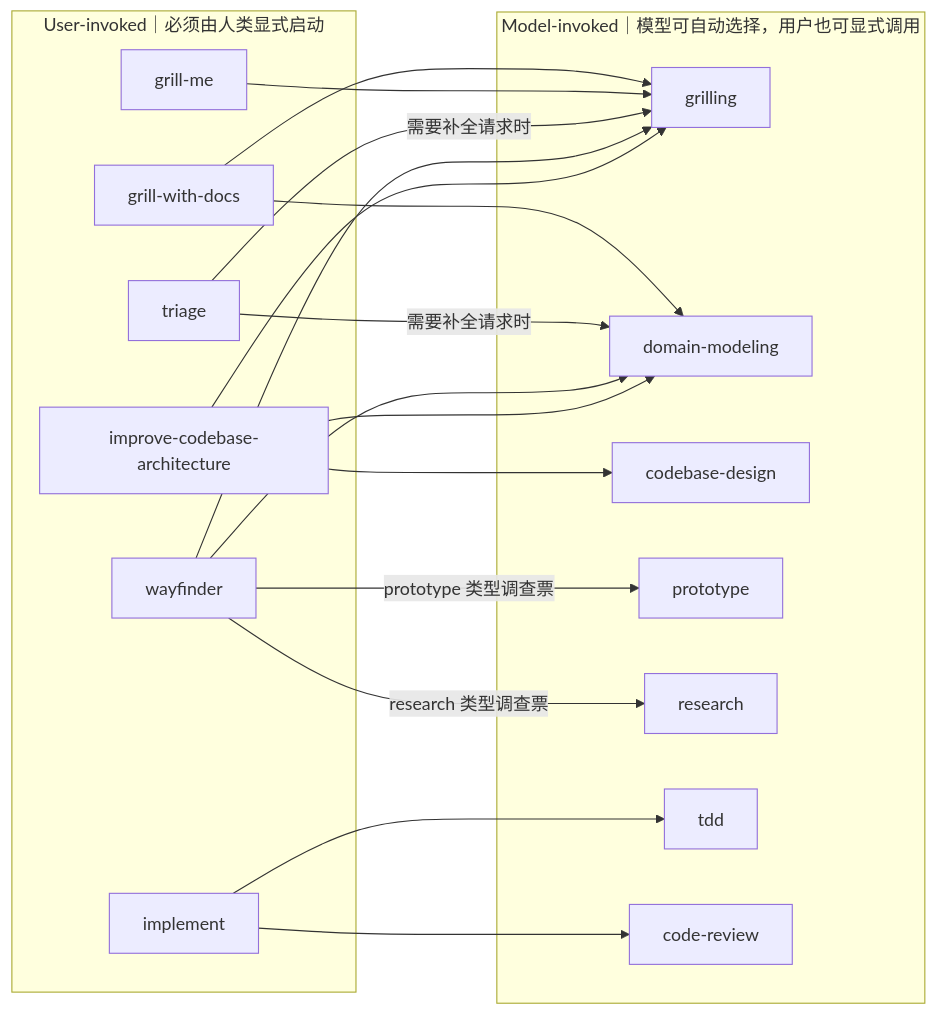
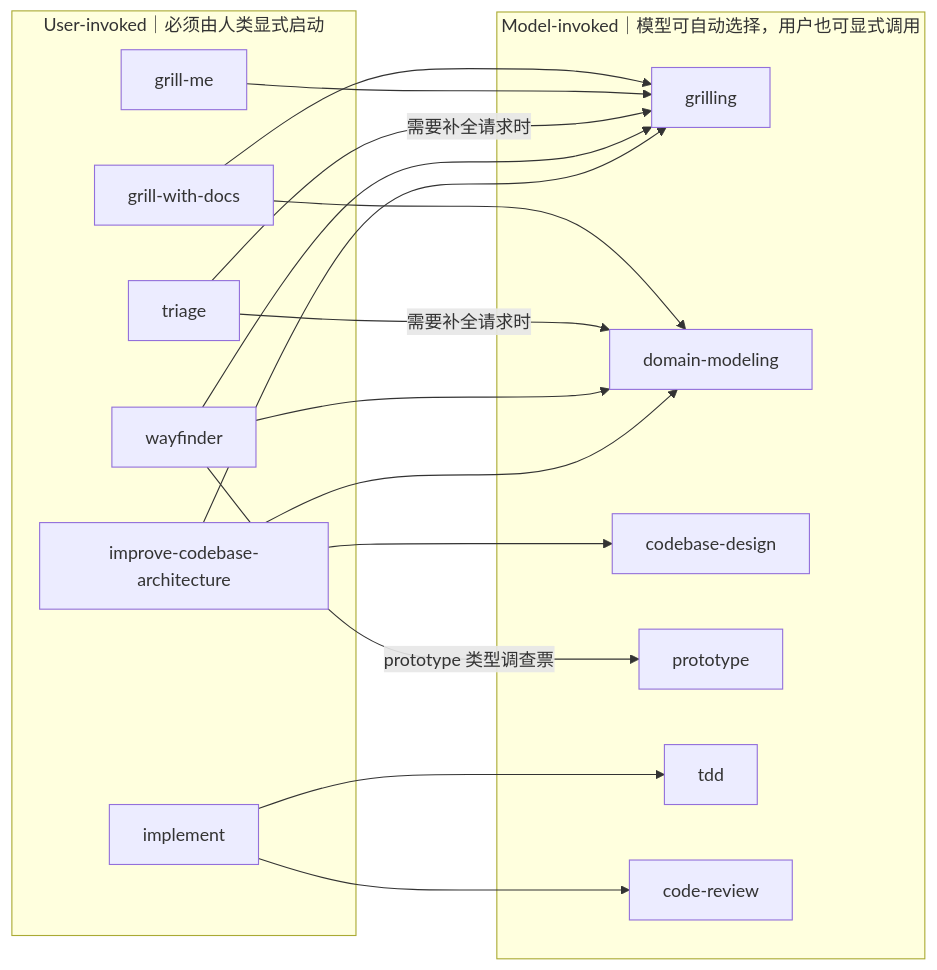
Before and after one commit to kangapp/ai-knowledge-base: the third of 5 diagrams in docs/analysis/mattpocock-skills/skills-workflow-diagram.md, drawn with Mermaid.

Commit message:
docs: correct wayfinder skill dependency

````diff
--- a/docs/analysis/mattpocock-skills/skills-workflow-diagram.md
+++ b/docs/analysis/mattpocock-skills/skills-workflow-diagram.md
@@ -60,36 +60,34 @@
 ```mermaid
 flowchart LR
     subgraph User["User-invoked｜必须由人类显式启动"]
         GrillDocs["grill-with-docs"]
         GrillMe["grill-me"]
         Triage["triage"]
         Wayfinder["wayfinder"]
         Improve["improve-codebase-architecture"]
         Implement["implement"]
     end
 
     subgraph Model["Model-invoked｜模型可自动选择，用户也可显式调用"]
         Grilling["grilling"]
         Domain["domain-modeling"]
         Design["codebase-design"]
         Prototype["prototype"]
-        Research["research"]
         TDD["tdd"]
         Review["code-review"]
     end
 
     GrillDocs --> Grilling
     GrillDocs --> Domain
     GrillMe --> Grilling
     Triage -->|"需要补全请求时"| Grilling
     Triage -->|"需要补全请求时"| Domain
     Wayfinder --> Grilling
     Wayfinder --> Domain
     Wayfinder -->|"prototype 类型调查票"| Prototype
-    Wayfinder -->|"research 类型调查票"| Research
     Improve --> Design
     Improve --> Grilling
     Improve --> Domain
     Implement --> TDD
     Implement --> Review
 ```
````
